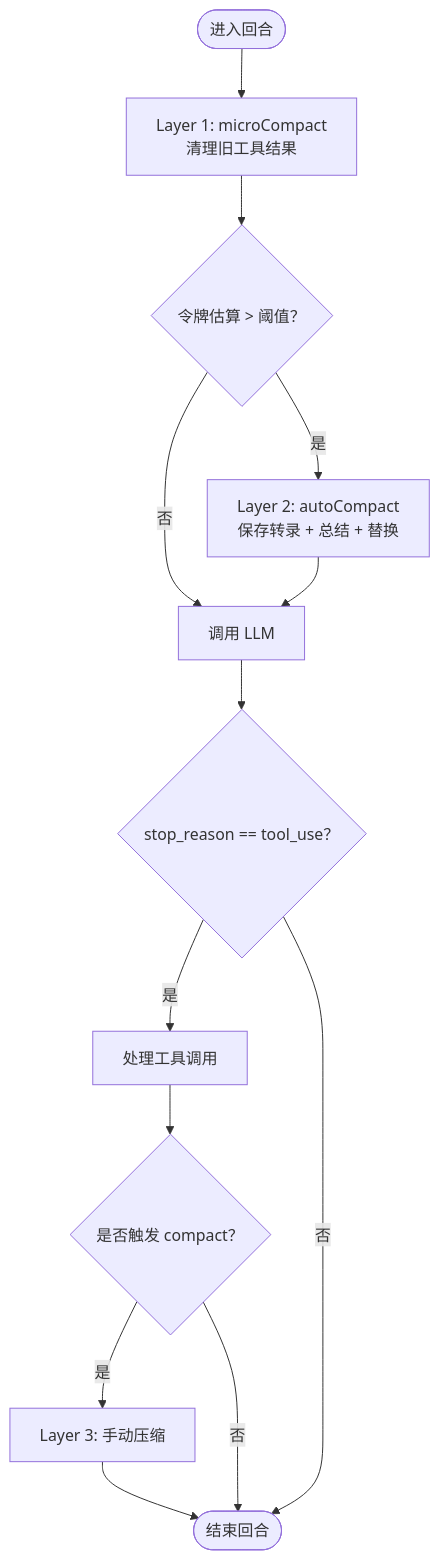
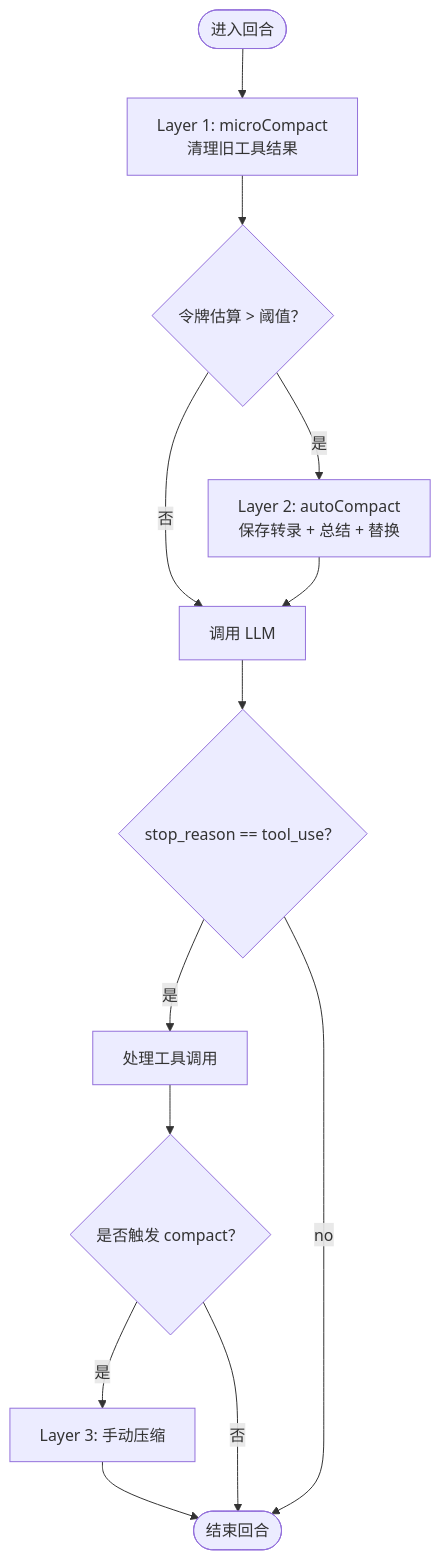
Before and after one commit to eurekaYYzero/Mini-Claude-Code: the eighth of 14 diagrams in .qoder/repowiki/zh/content/渐进式学习教程/渐进式学习教程.md, drawn with Mermaid. The commit also changed other lines of this file and 5 other files, not shown here.

````diff
--- a/.qoder/repowiki/zh/content/渐进式学习教程/渐进式学习教程.md
+++ b/.qoder/repowiki/zh/content/渐进式学习教程/渐进式学习教程.md
@@ -428,15 +461,15 @@
 ```mermaid
 flowchart TD
 Enter(["进入回合"]) --> Micro["Layer 1: microCompact<br/>清理旧工具结果"]
 Micro --> TokenCheck{"令牌估算 > 阈值？"}
 TokenCheck --> |否| CallLLM["调用 LLM"]
 TokenCheck --> |是| Auto["Layer 2: autoCompact<br/>保存转录 + 总结 + 替换"]
 Auto --> CallLLM
 CallLLM --> StopCheck{"stop_reason == tool_use？"}
 StopCheck --> |是| HandleTool["处理工具调用"]
 HandleTool --> CompactCheck{"是否触发 compact？"}
 CompactCheck --> |是| Manual["Layer 3: 手动压缩"]
 Manual --> End(["结束回合"])
 CompactCheck --> |否| End
-StopCheck --> |否| End
+StopCheck --> |no| End
 ```
````
